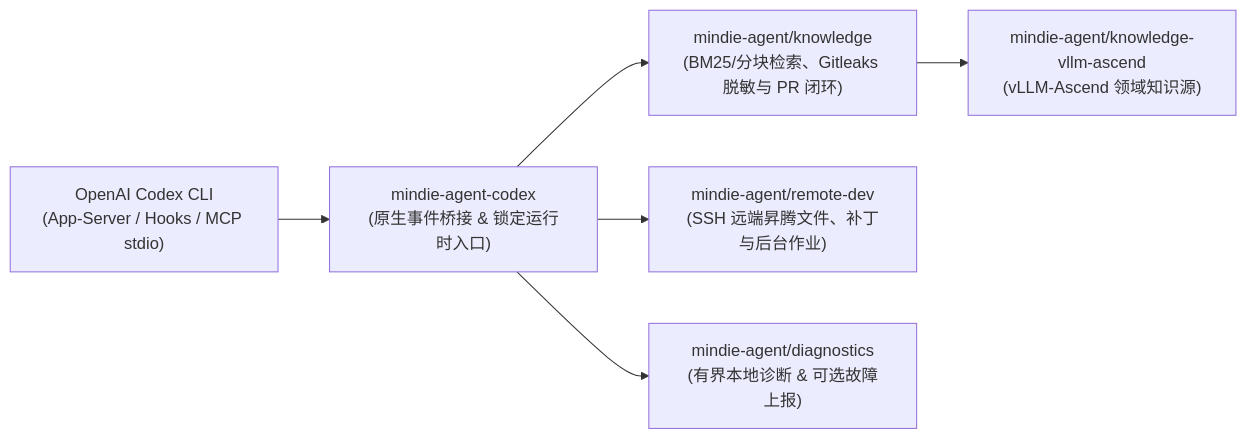
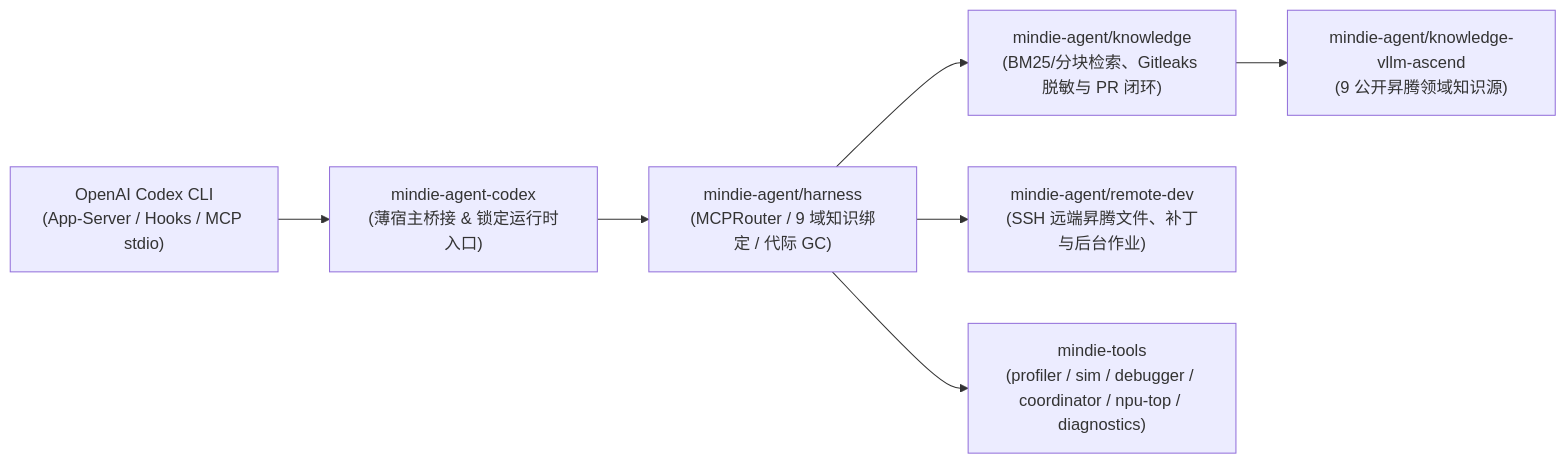
Before and after one commit to Orla-see/mindie-agent-codex: the diagram in README.md, drawn with Mermaid. The commit also changed other lines of this file and 43 other files, not shown here.

````diff
--- a/README.md
+++ b/README.md
@@ -166,8 +166,9 @@
 ```mermaid
 flowchart LR
-  Codex["OpenAI Codex CLI<br/>(App-Server / Hooks / MCP stdio)"] --> Entry["mindie-agent-codex<br/>(原生事件桥接 & 锁定运行时入口)"]
-  Entry --> Knowledge["mindie-agent/knowledge<br/>(BM25/分块检索、Gitleaks 脱敏与 PR 闭环)"]
-  Knowledge --> Feed["mindie-agent/knowledge-vllm-ascend<br/>(vLLM-Ascend 领域知识源)"]
-  Entry --> RemoteDev["mindie-agent/remote-dev<br/>(SSH 远端昇腾文件、补丁与后台作业)"]
-  Entry --> Diagnostics["mindie-agent/diagnostics<br/>(有界本地诊断 & 可选故障上报)"]
+  Codex["OpenAI Codex CLI<br/>(App-Server / Hooks / MCP stdio)"] --> Entry["mindie-agent-codex<br/>(薄宿主桥接 & 锁定运行时入口)"]
+  Entry --> Harness["mindie-agent/harness<br/>(MCPRouter / 9 域知识绑定 / 代际 GC)"]
+  Harness --> Knowledge["mindie-agent/knowledge<br/>(BM25/分块检索、Gitleaks 脱敏与 PR 闭环)"]
+  Knowledge --> Feed["mindie-agent/knowledge-vllm-ascend<br/>(9 公开昇腾领域知识源)"]
+  Harness --> RemoteDev["mindie-agent/remote-dev<br/>(SSH 远端昇腾文件、补丁与后台作业)"]
+  Harness --> Tools["mindie-tools<br/>(profiler / sim / debugger / coordinator / npu-top / diagnostics)"]
 ```
````
